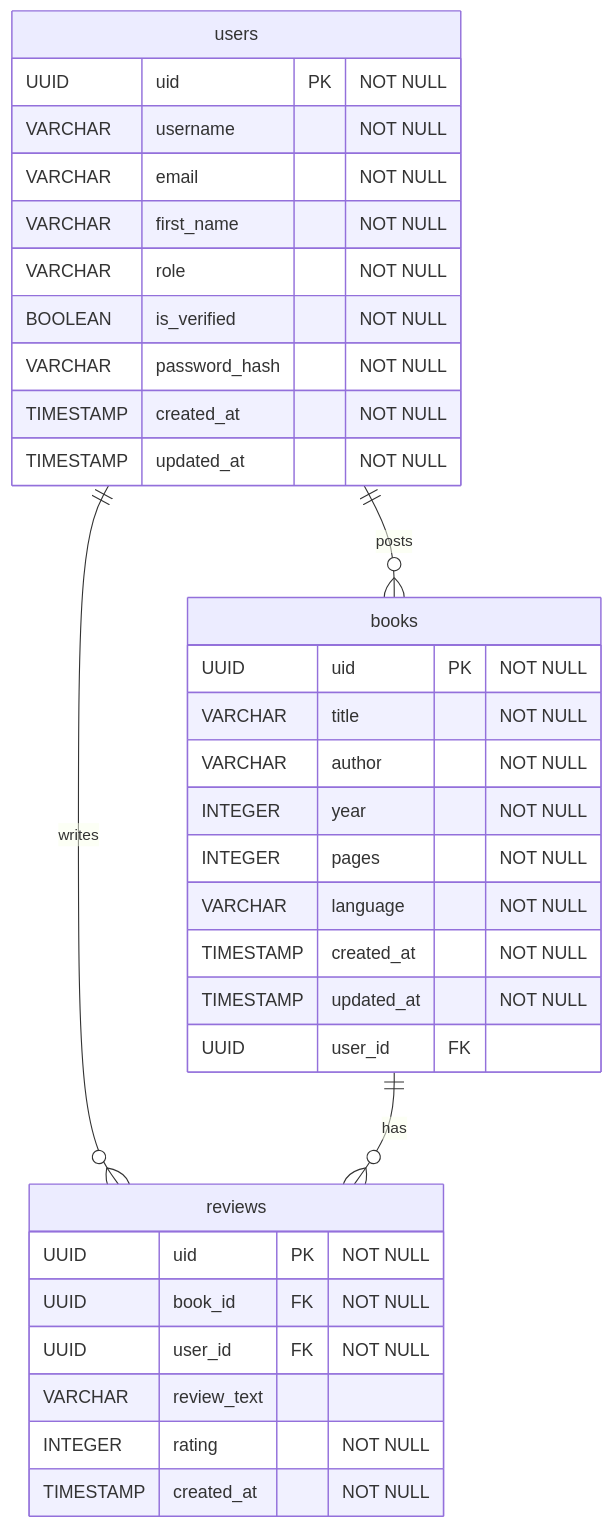
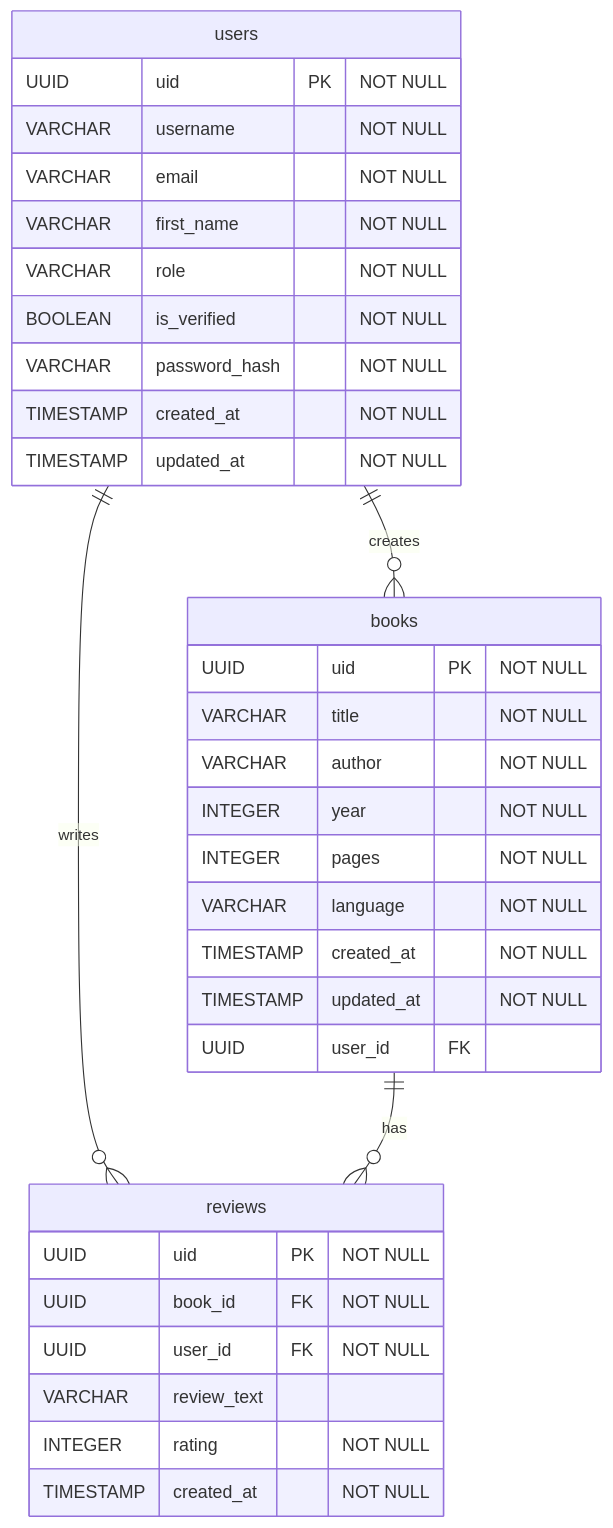
One commit to adityaxxz/Booklynn changed the diagram in README.md. Above: the diagram before and after it, drawn with Mermaid. The commit also changed 1 other file, not shown here.

Commit message:
mermaid in readme

````diff
--- a/README.md
+++ b/README.md
@@ -42,39 +42,39 @@
 ```mermaid
 erDiagram
     users {
         UUID uid PK "NOT NULL"
         VARCHAR username "NOT NULL"
         VARCHAR email "NOT NULL"
         VARCHAR first_name "NOT NULL"
         VARCHAR role "NOT NULL"
         BOOLEAN is_verified "NOT NULL"
         VARCHAR password_hash "NOT NULL"
         TIMESTAMP created_at "NOT NULL"
         TIMESTAMP updated_at "NOT NULL"
     }
 
     books {
         UUID uid PK "NOT NULL"
         VARCHAR title "NOT NULL"
         VARCHAR author "NOT NULL"
         INTEGER year "NOT NULL"
         INTEGER pages "NOT NULL"
         VARCHAR language "NOT NULL"
         TIMESTAMP created_at "NOT NULL"
         TIMESTAMP updated_at "NOT NULL"
         UUID user_id FK
     }
 
     reviews {
         UUID uid PK "NOT NULL"
         UUID book_id FK "NOT NULL"
         UUID user_id FK "NOT NULL"
         VARCHAR review_text
         INTEGER rating "NOT NULL"
         TIMESTAMP created_at "NOT NULL"
     }
 
-    users ||--o{ books : "posts"
+    users ||--o{ books : "creates"
     users ||--o{ reviews : "writes"
     books ||--o{ reviews : "has"
 ```
````
